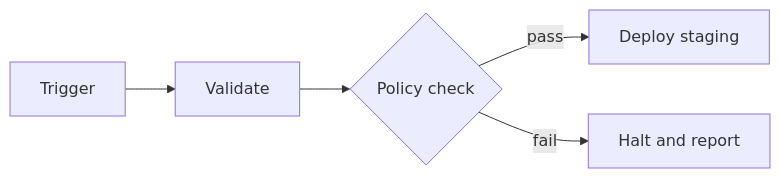
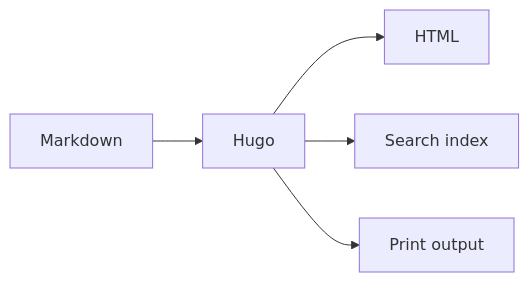
One commit to projectious-work/brand-theme-hugo-vanilla changed the diagram in docs/shortcodes/index.md. Above: the diagram before and after it, drawn with Mermaid. The commit also changed other lines of this file and 297 other files, not shown here.

```diff
--- a/docs/shortcodes/index.md
+++ b/docs/shortcodes/index.md
@@ -241,7 +297,7 @@
 {{< mermaid >}}
 flowchart LR
-  A[Trigger] --> B[Validate]
-  B --> C{Policy check}
-  C -->|pass| D[Deploy staging]
-  C -->|fail| E[Halt and report]
+  A[Markdown] --> B[Hugo]
+  B --> C[HTML]
+  B --> D[Search index]
+  B --> E[Print output]
 {{< /mermaid >}}
```
